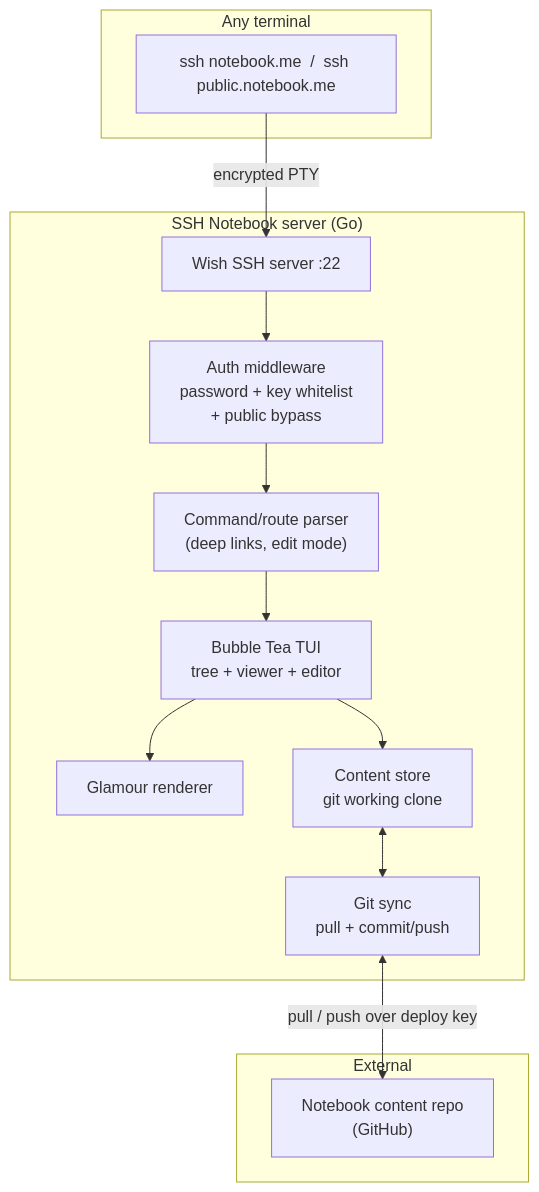
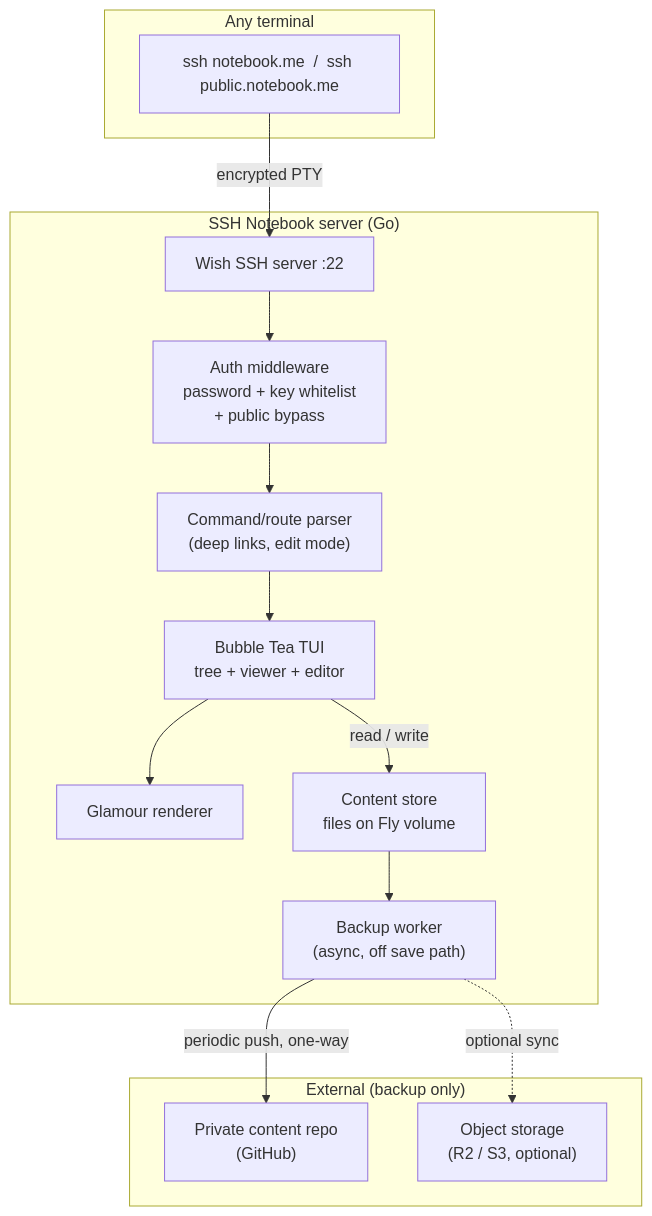
One commit to SarkarShubhdeep/ssh-notebook changed the diagram in docs/masterplan.md. Above: the diagram before and after it, drawn with Mermaid. The commit also changed other lines of this file and 2 other files, not shown here.

Commit message:
Refocus on universal-clipboard goal: filesystem-primary storage on Fly volume, git as async backup

````diff
--- a/docs/masterplan.md
+++ b/docs/masterplan.md
@@ -39,28 +42,30 @@
 ```mermaid
 flowchart TB
   subgraph client["Any terminal"]
     U["ssh notebook.me  /  ssh public.notebook.me"]
   end
 
   subgraph server["SSH Notebook server (Go)"]
     W["Wish SSH server :22"]
     AUTH["Auth middleware\npassword + key whitelist\n+ public bypass"]
     ROUTE["Command/route parser\n(deep links, edit mode)"]
     TUI["Bubble Tea TUI\ntree + viewer + editor"]
     REND["Glamour renderer"]
-    STORE["Content store\ngit working clone"]
-    SYNC["Git sync\npull + commit/push"]
+    STORE["Content store\nfiles on Fly volume"]
+    BK["Backup worker\n(async, off save path)"]
 
     W --> AUTH --> ROUTE --> TUI
     TUI --> REND
-    TUI --> STORE
-    STORE <--> SYNC
+    TUI -->|read / write| STORE
+    STORE --> BK
   end
 
-  subgraph ext["External"]
-    GH["Notebook content repo\n(GitHub)"]
+  subgraph ext["External (backup only)"]
+    GH["Private content repo\n(GitHub)"]
+    OBJ["Object storage\n(R2 / S3, optional)"]
   end
 
   U -->|encrypted PTY| W
-  SYNC <-->|pull / push over deploy key| GH
+  BK -->|periodic push, one-way| GH
+  BK -.->|optional sync| OBJ
 ```
````
